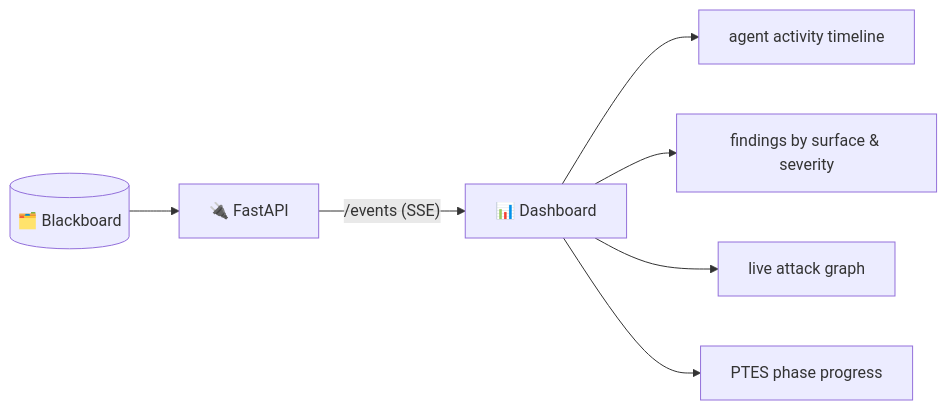
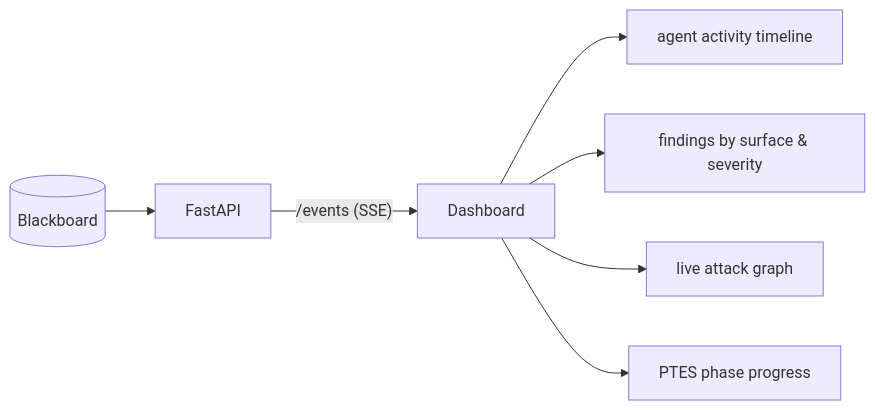
Before and after one commit to hrdk6/Mitigata-Hackathon: the tenth of 10 diagrams in README.md, drawn with Mermaid. The commit also changed other lines of this file and 2 other files, not shown here.

````diff
--- a/README.md
+++ b/README.md
@@ -614,9 +600,9 @@
 ```mermaid
 flowchart LR
-    BB[("🗂️ Blackboard")] --> API["🔌 FastAPI"]
-    API -->|"/events (SSE)"| DASH["📊 Dashboard"]
+    BB[("Blackboard")] --> API["FastAPI"]
+    API -->|"/events (SSE)"| DASH["Dashboard"]
     DASH --> V1["agent activity timeline"]
     DASH --> V2["findings by surface & severity"]
     DASH --> V3["live attack graph"]
     DASH --> V4["PTES phase progress"]
 ```
````
